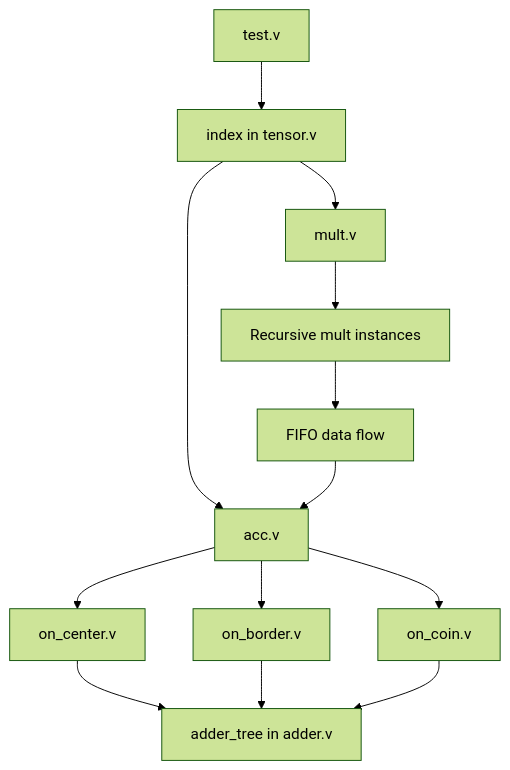
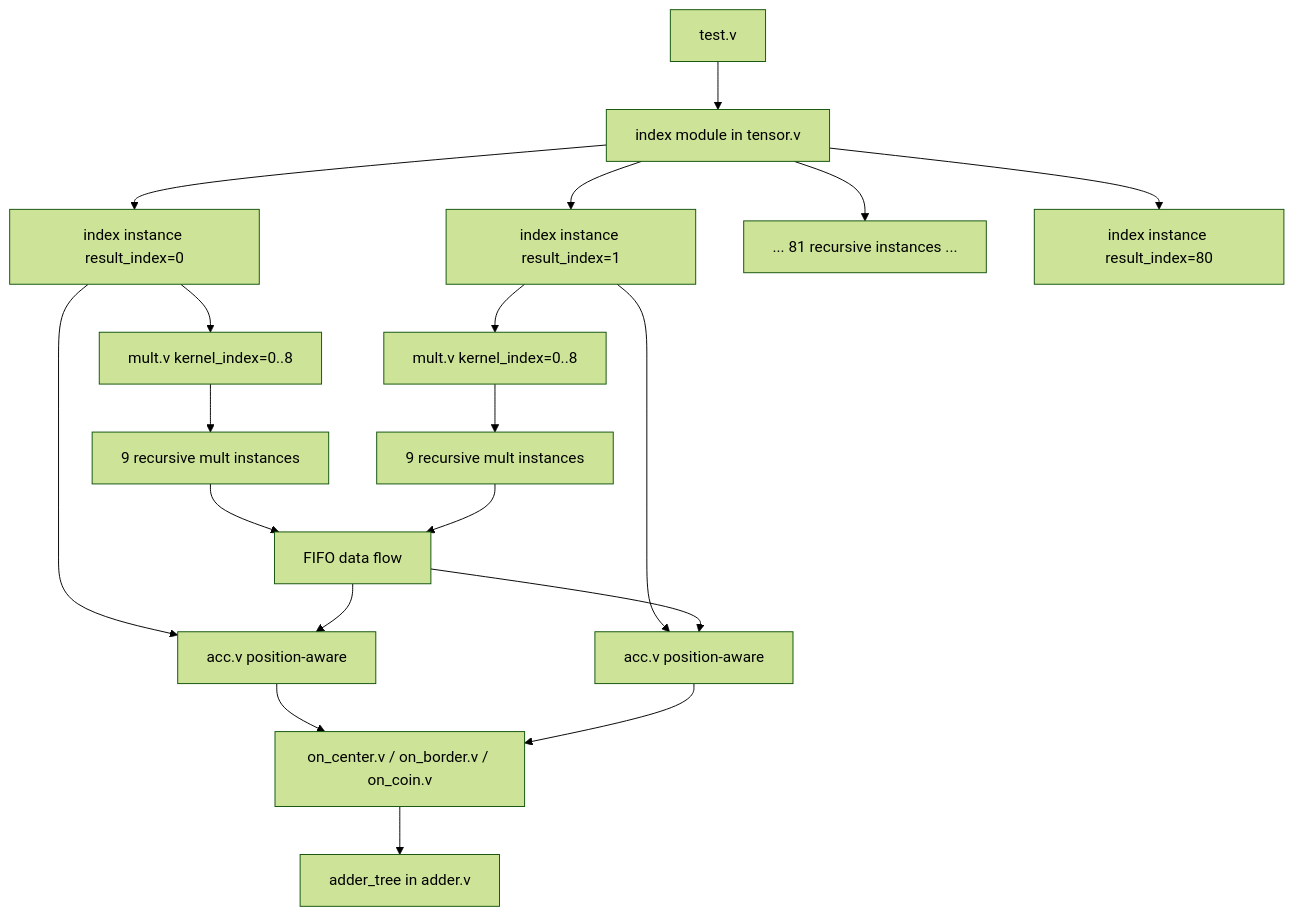
One commit to jalcim/logilib changed the sixth of 13 diagrams in src/tensor/README.md. Above: the diagram before and after it, drawn with Mermaid (forest theme). The commit also changed other lines of this file and 1 other file, not shown here.

````diff
--- a/src/tensor/README.md
+++ b/src/tensor/README.md
@@ -112,15 +112,25 @@
 ```mermaid
 graph TD
-    A[test.v] --> B[index in tensor.v]
-    B --> C[mult.v]
-    B --> D[acc.v]
-    C --> E[Recursive mult instances]
-    D --> F[on_center.v]
-    D --> G[on_border.v]
-    D --> H[on_coin.v]
-    F --> I[adder_tree in adder.v]
-    G --> I
-    H --> I
-    E --> J[FIFO data flow]
-    J --> D
+    A[test.v] --> B[index module in tensor.v]
+    B --> B1[index instance result_index=0]
+    B --> B2[index instance result_index=1]
+    B --> B3[... 81 recursive instances ...]
+    B --> B81[index instance result_index=80]
+
+    B1 --> C1[mult.v kernel_index=0..8]
+    B1 --> D1[acc.v position-aware]
+    B2 --> C2[mult.v kernel_index=0..8]
+    B2 --> D2[acc.v position-aware]
+
+    C1 --> E1[9 recursive mult instances]
+    C2 --> E2[9 recursive mult instances]
+
+    D1 --> F[on_center.v / on_border.v / on_coin.v]
+    D2 --> F
+    F --> G[adder_tree in adder.v]
+
+    E1 --> H[FIFO data flow]
+    E2 --> H
+    H --> D1
+    H --> D2
 ```
````
